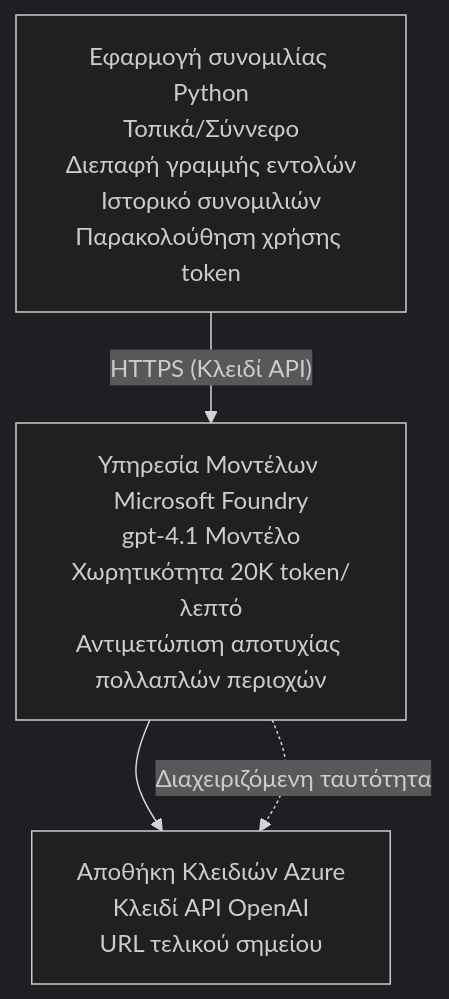
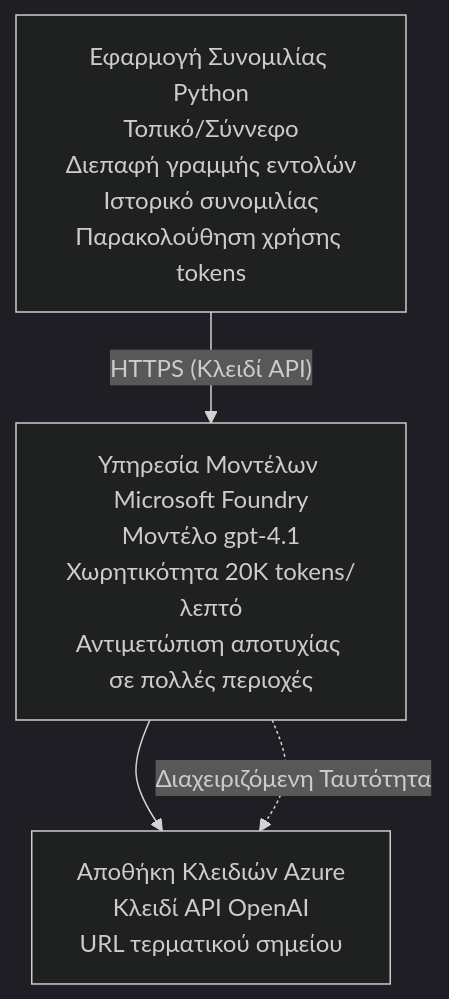
The diagram in translations/el/examples/azure-openai-chat/README.md (microsoft/AZD-for-beginners), drawn with Mermaid (dark theme) before and after one commit. The commit also changed other lines of this file and 104 other files, not shown here.

````diff
--- a/translations/el/examples/azure-openai-chat/README.md
+++ b/translations/el/examples/azure-openai-chat/README.md
@@ -26,6 +26,6 @@
 ```mermaid
 graph TD
-    App[Εφαρμογή συνομιλίας Python<br/>Τοπικά/Σύννεφο<br/>Διεπαφή γραμμής εντολών<br/>Ιστορικό συνομιλιών<br/>Παρακολούθηση χρήσης token] -- "HTTPS (Κλειδί API)" --> Foundry[Υπηρεσία Μοντέλων Microsoft Foundry<br/>gpt-4.1 Μοντέλο<br/>Χωρητικότητα 20K token/λεπτό<br/>Αντιμετώπιση αποτυχίας πολλαπλών περιοχών]
-    Foundry --> KV[Αποθήκη Κλειδιών Azure<br/>Κλειδί API OpenAI<br/>URL τελικού σημείου]
-    Foundry -. Διαχειριζόμενη ταυτότητα .-> KV
+    App[Εφαρμογή Συνομιλίας Python<br/>Τοπικό/Σύννεφο<br/>Διεπαφή γραμμής εντολών<br/>Ιστορικό συνομιλίας<br/>Παρακολούθηση χρήσης tokens] -- "HTTPS (Κλειδί API)" --> Foundry[Υπηρεσία Μοντέλων Microsoft Foundry<br/>Μοντέλο gpt-4.1<br/>Χωρητικότητα 20K tokens/λεπτό<br/>Αντιμετώπιση αποτυχίας σε πολλές περιοχές]
+    Foundry --> KV[Αποθήκη Κλειδιών Azure<br/>Κλειδί API OpenAI<br/>URL τερματικού σημείου]
+    Foundry -. Διαχειριζόμενη Ταυτότητα .-> KV
 ```
````
